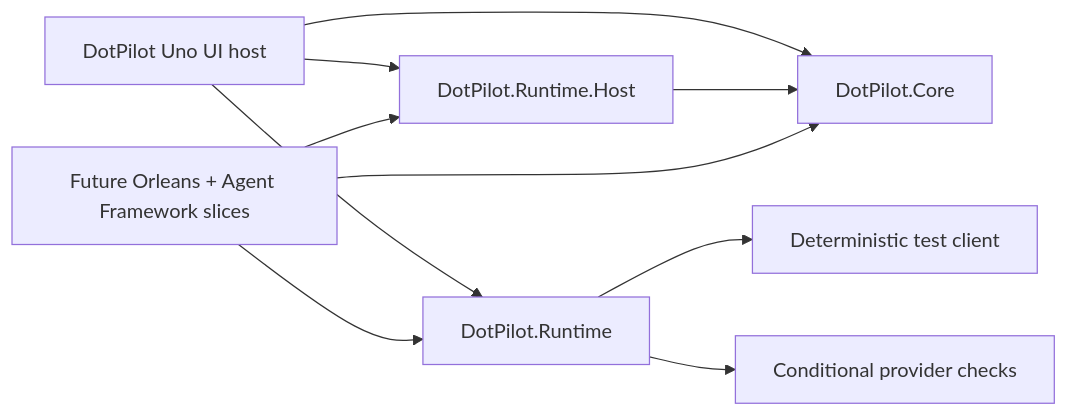
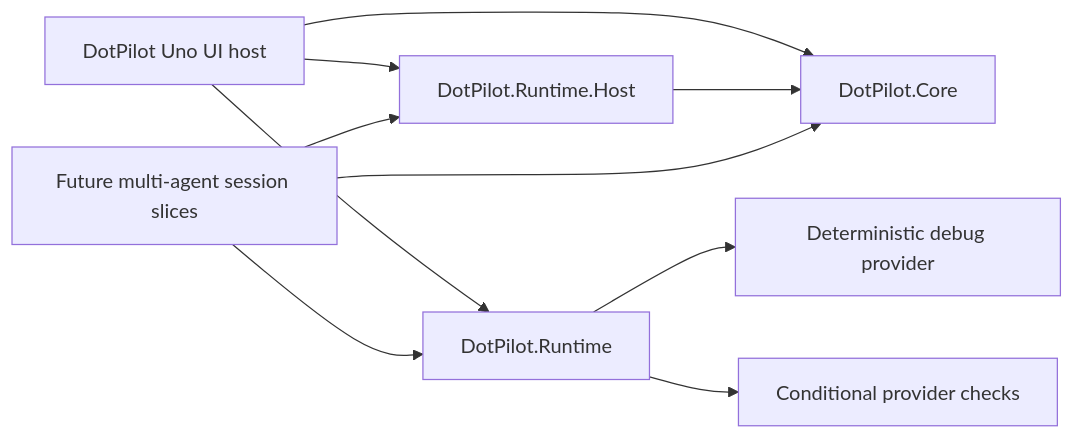
Before and after one commit to managedcode/dotPilot: the diagram in docs/ADR/ADR-0003-vertical-slices-and-ui-only-uno-app.md, drawn with Mermaid. The commit also changed other lines of this file and 150 other files, not shown here.

````diff
--- a/docs/ADR/ADR-0003-vertical-slices-and-ui-only-uno-app.md
+++ b/docs/ADR/ADR-0003-vertical-slices-and-ui-only-uno-app.md
@@ -42,20 +42,20 @@
 ```mermaid
 flowchart LR
   Ui["DotPilot Uno UI host"]
   Core["DotPilot.Core"]
   Runtime["DotPilot.Runtime"]
   Host["DotPilot.Runtime.Host"]
-  TestClient["Deterministic test client"]
+  TestClient["Deterministic debug provider"]
   ProviderChecks["Conditional provider checks"]
-  Future["Future Orleans + Agent Framework slices"]
+  Future["Future multi-agent session slices"]
 
   Ui --> Core
   Ui --> Runtime
   Ui --> Host
   Host --> Core
   Runtime --> TestClient
   Runtime --> ProviderChecks
   Future --> Core
   Future --> Runtime
   Future --> Host
 ```
````
